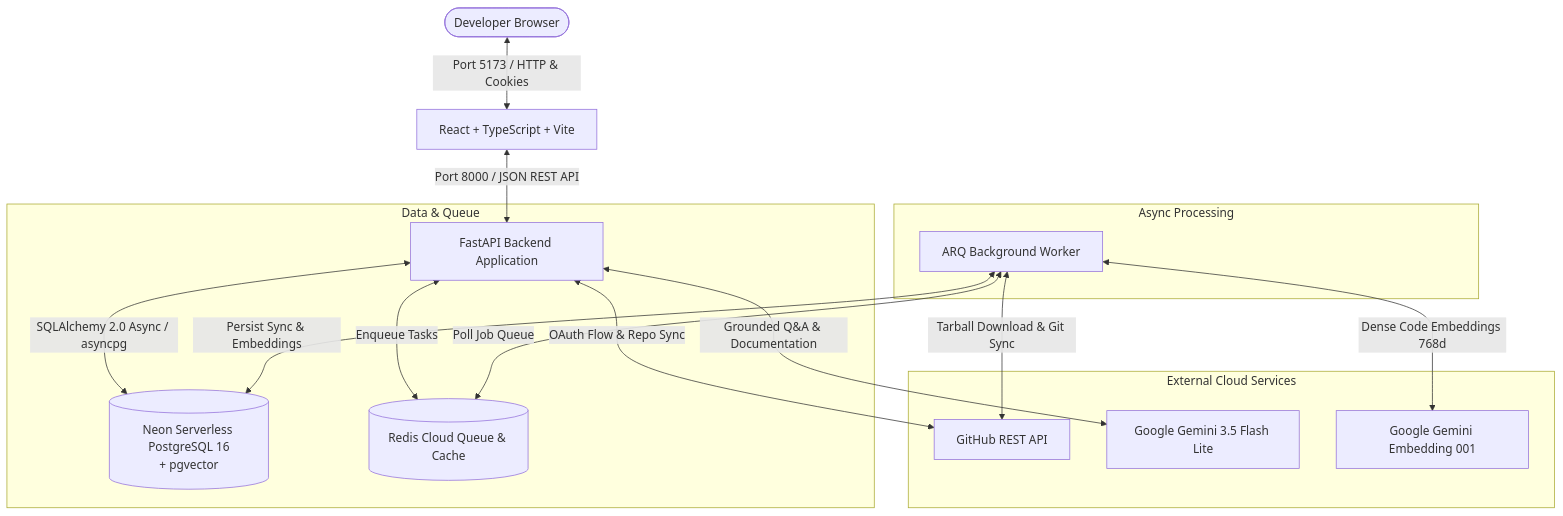
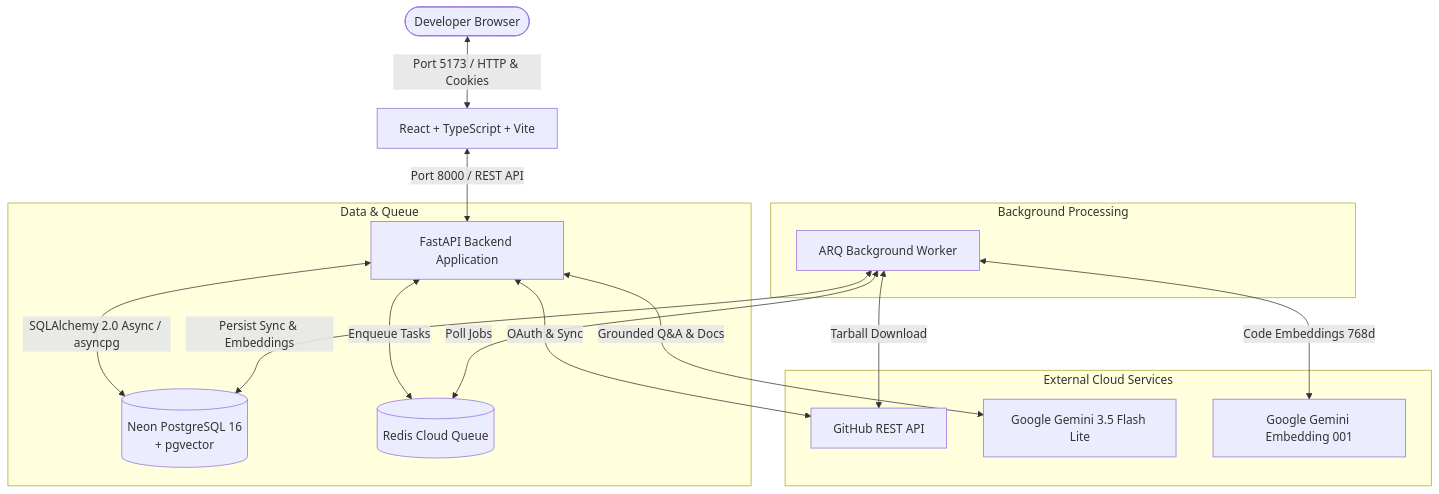
The diagram in README.md (avanthikasreejith8923-a11y/repo-cartographer), drawn with Mermaid before and after one commit. The commit also changed other lines of this file, not shown here.

````diff
--- a/README.md
+++ b/README.md
@@ -151,22 +57,22 @@
 ```mermaid
 graph TD
     Browser([Developer Browser]) <-->|Port 5173 / HTTP & Cookies| Frontend[React + TypeScript + Vite]
-    Frontend <-->|Port 8000 / JSON REST API| Backend[FastAPI Backend Application]
+    Frontend <-->|Port 8000 / REST API| Backend[FastAPI Backend Application]
     
     subgraph Data & Queue
-        Backend <-->|SQLAlchemy 2.0 Async / asyncpg| Postgres[(Neon Serverless PostgreSQL 16<br/>+ pgvector)]
-        Backend <-->|Enqueue Tasks| Redis[(Redis Cloud Queue & Cache)]
+        Backend <-->|SQLAlchemy 2.0 Async / asyncpg| Postgres[(Neon PostgreSQL 16<br/>+ pgvector)]
+        Backend <-->|Enqueue Tasks| Redis[(Redis Cloud Queue)]
     end
 
-    subgraph Async Processing
-        Worker[ARQ Background Worker] <-->|Poll Job Queue| Redis
+    subgraph Background Processing
+        Worker[ARQ Background Worker] <-->|Poll Jobs| Redis
         Worker <-->|Persist Sync & Embeddings| Postgres
     end
 
     subgraph External Cloud Services
-        Backend <-->|OAuth Flow & Repo Sync| GitHubAPI[GitHub REST API]
-        Worker <-->|Tarball Download & Git Sync| GitHubAPI
-        Backend <-->|Grounded Q&A & Documentation| GeminiAPI[Google Gemini 3.5 Flash Lite]
-        Worker <-->|Dense Code Embeddings 768d| GeminiEmbed[Google Gemini Embedding 001]
+        Backend <-->|OAuth & Sync| GitHubAPI[GitHub REST API]
+        Worker <-->|Tarball Download| GitHubAPI
+        Backend <-->|Grounded Q&A & Docs| GeminiAPI[Google Gemini 3.5 Flash Lite]
+        Worker <-->|Code Embeddings 768d| GeminiEmbed[Google Gemini Embedding 001]
     end
 ```
````
